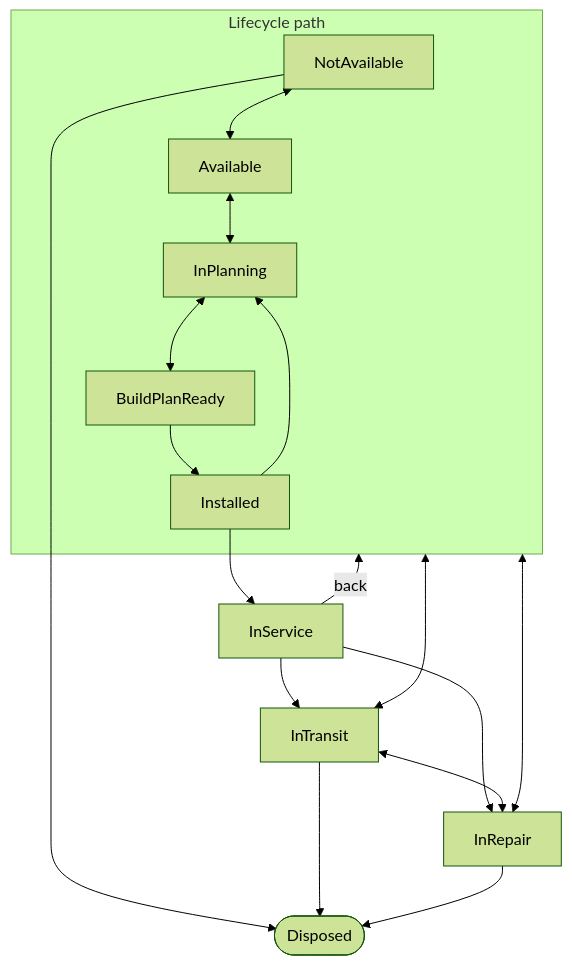
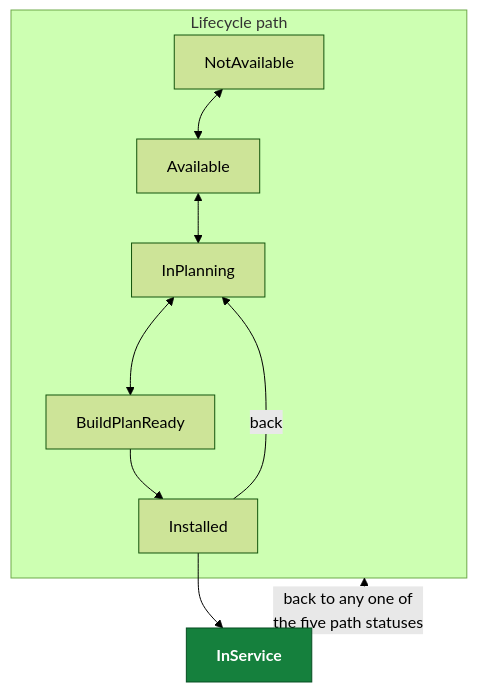
Diagram 34 of 39 in docs/canon/CAN-001-dom-structure.md (SkylineCommunications/SLC-SDM-InfraOps), drawn with Mermaid (forest theme) before and after one commit. The commit also changed other lines of this file, not shown here.

````diff
--- a/docs/canon/CAN-001-dom-structure.md
+++ b/docs/canon/CAN-001-dom-structure.md
@@ -982,22 +2041,14 @@
 ```mermaid
 flowchart TB
     subgraph Path["Lifecycle path"]
         NA["NotAvailable"] <--> AV["Available"] <--> IP["InPlanning"] <--> BPR["BuildPlanReady"] --> IN["Installed"]
-        IN --> IP
+        IN -- "back" --> IP
     end
-    IS["InService"]
-    TR["InTransit"]
-    RP["InRepair"]
-    DS(["Disposed"])
+    IS["<b>InService</b>"]
 
     IN --> IS
-    IS -- "back" --> Path
-    Path <--> TR
-    Path <--> RP
-    IS --> TR
-    IS --> RP
-    TR <--> RP
-    NA --> DS
-    TR --> DS
-    RP --> DS
+    IS -- "back to any one of<br/>the five path statuses" --> Path
+
+    classDef live fill:#15803d,stroke:#064e22,color:#ffffff
+    class IS live
 ```
````
